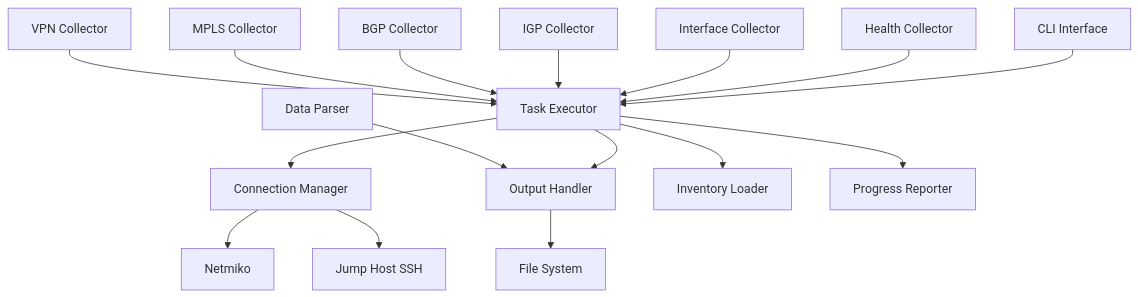
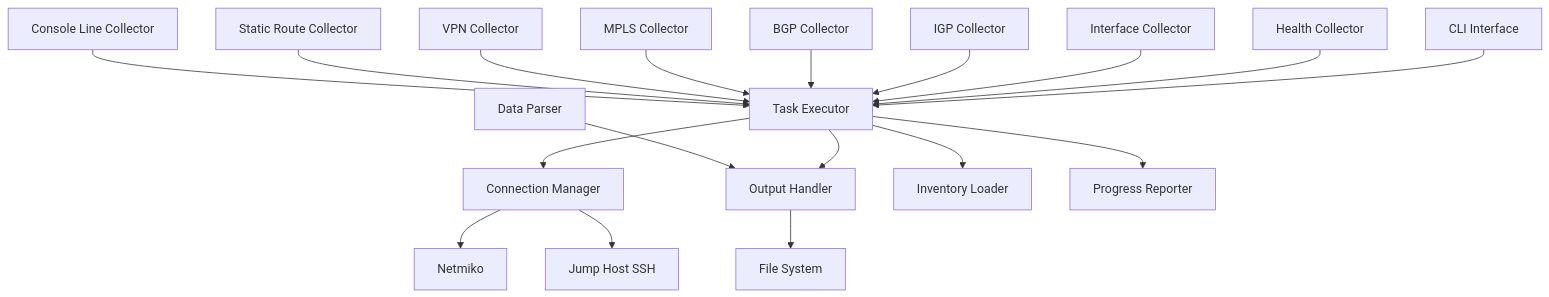
Before and after one commit to zumanm1/device-audit-win: the first of 4 diagrams in V4codercli/ARCHITECTURE.md, drawn with Mermaid. The commit also changed other lines of this file and 18 other files, not shown here.

````diff
--- a/V4codercli/ARCHITECTURE.md
+++ b/V4codercli/ARCHITECTURE.md
@@ -63,22 +63,24 @@
 ```mermaid
 graph TD
     A[CLI Interface] --> B[Task Executor]
     B --> C[Connection Manager]
     B --> D[Output Handler]
     B --> E[Inventory Loader]
     
     F[Data Parser] --> D
     
     G[Health Collector] --> B
     H[Interface Collector] --> B
     I[IGP Collector] --> B
     J[BGP Collector] --> B
     K[MPLS Collector] --> B
     L[VPN Collector] --> B
+    M[Static Route Collector] --> B
+    N[Console Line Collector] --> B
     
-    C --> M[Netmiko]
-    C --> N[Jump Host SSH]
+    C --> X[Netmiko]
+    C --> Y[Jump Host SSH]
     
-    B --> O[Progress Reporter]
-    D --> P[File System]
+    B --> Z[Progress Reporter]
+    D --> W[File System]
 ```
````
